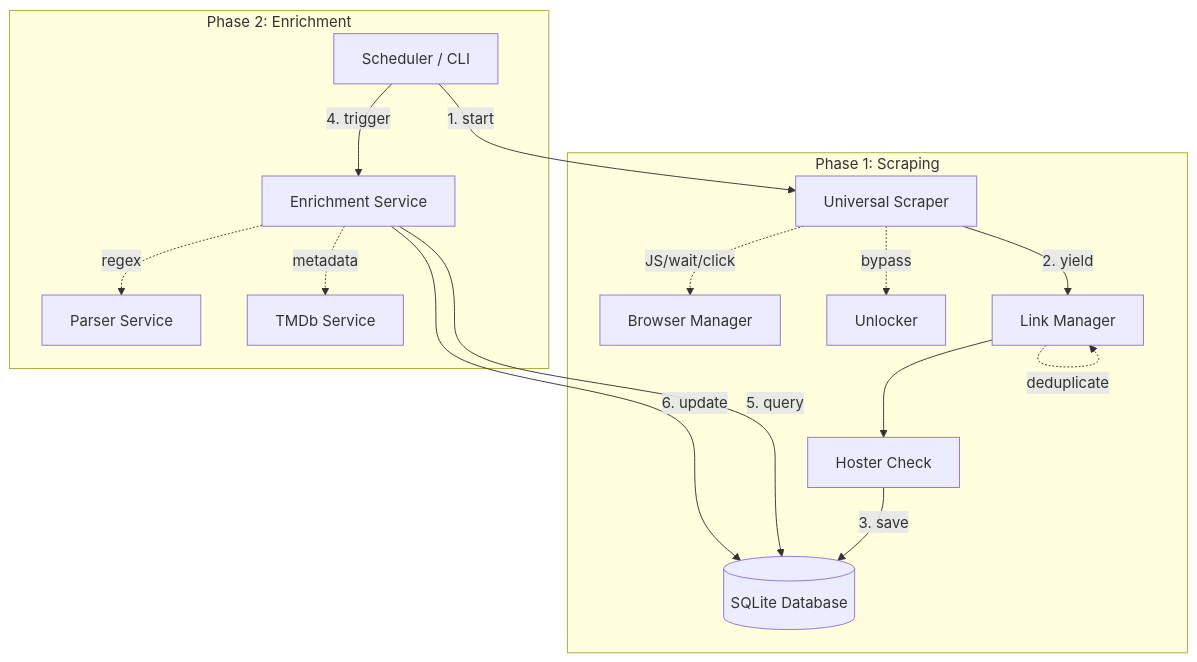
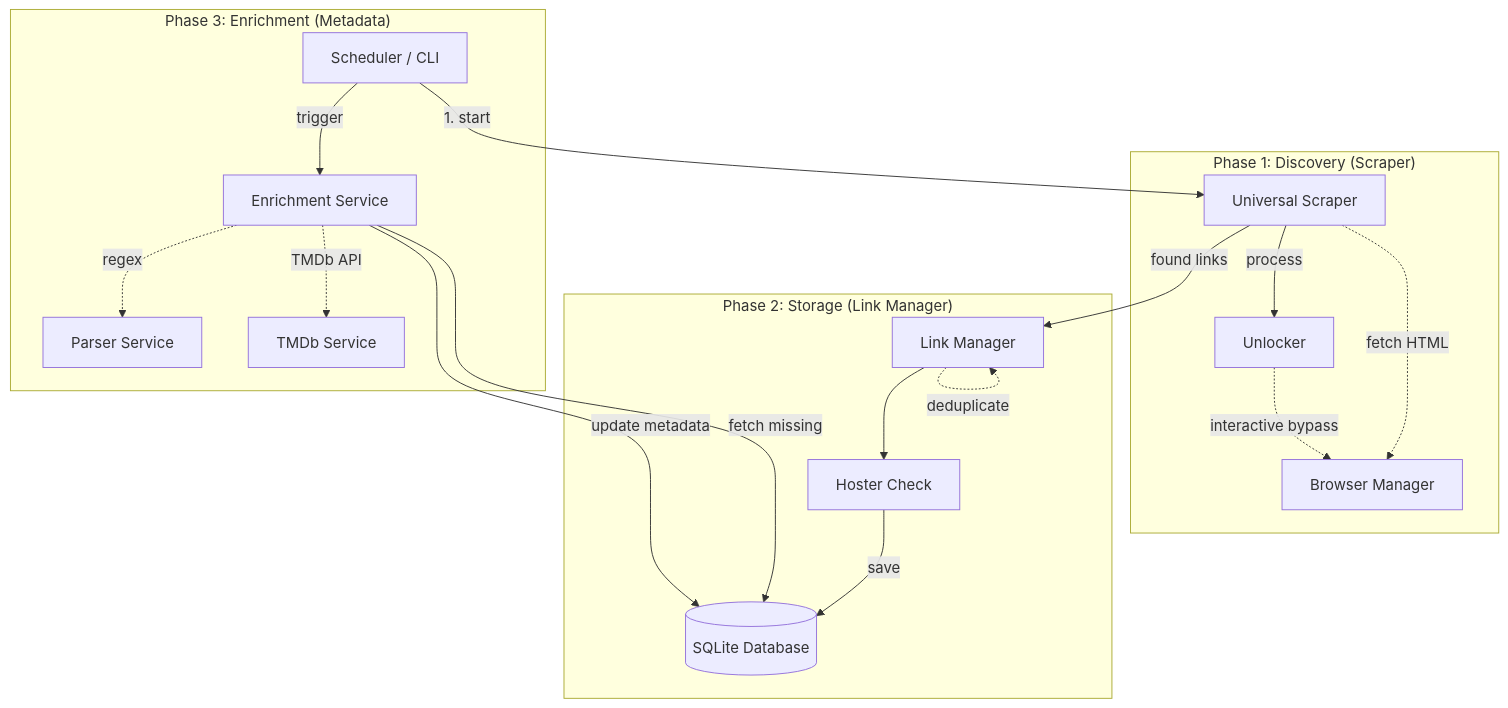
The first of 2 diagrams in README.md (dmachard/DDL-tower), drawn with Mermaid before and after one commit.

Commit message:
feat: update TMDB key, document scraper architecture, and provide sample scraper configurations

````diff
--- a/README.md
+++ b/README.md
@@ -238,21 +238,25 @@
 ```mermaid
 graph TD
     SCH[Scheduler / CLI] -->|1. start| SCR[Universal Scraper]
     
-    subgraph "Phase 1: Scraping"
-        SCR -.->|JS/wait/click| BRW[Browser Manager]
-        SCR -.->|bypass| UNL[Unlocker]
-        SCR -- "2. yield" --> LNK[Link Manager]
+    subgraph "Phase 1: Discovery (Scraper)"
+        SCR -.->|fetch HTML| BRW[Browser Manager]
+        SCR -->|process| UNL[Unlocker]
+        UNL -.->|interactive bypass| BRW
+    end
+
+    subgraph "Phase 2: Storage (Link Manager)"
+        SCR -- "found links" --> LNK[Link Manager]
         LNK -.->|deduplicate| LNK
         LNK --> HST[Hoster Check]
-        HST -->|3. save| DB[(SQLite Database)]
+        HST -->|save| DB[(SQLite Database)]
     end
 
-    subgraph "Phase 2: Enrichment"
-        SCH -->|4. trigger| ENR[Enrichment Service]
-        ENR -- "5. query" --> DB
+    subgraph "Phase 3: Enrichment (Metadata)"
+        SCH -->|trigger| ENR[Enrichment Service]
+        ENR -- "fetch missing" --> DB
         ENR -.->|regex| PRS[Parser Service]
-        ENR -.->|metadata| TMDB[TMDb Service]
-        ENR -- "6. update" --> DB
+        ENR -.->|TMDb API| TMDB[TMDb Service]
+        ENR -- "update metadata" --> DB
     end
 ```
````
